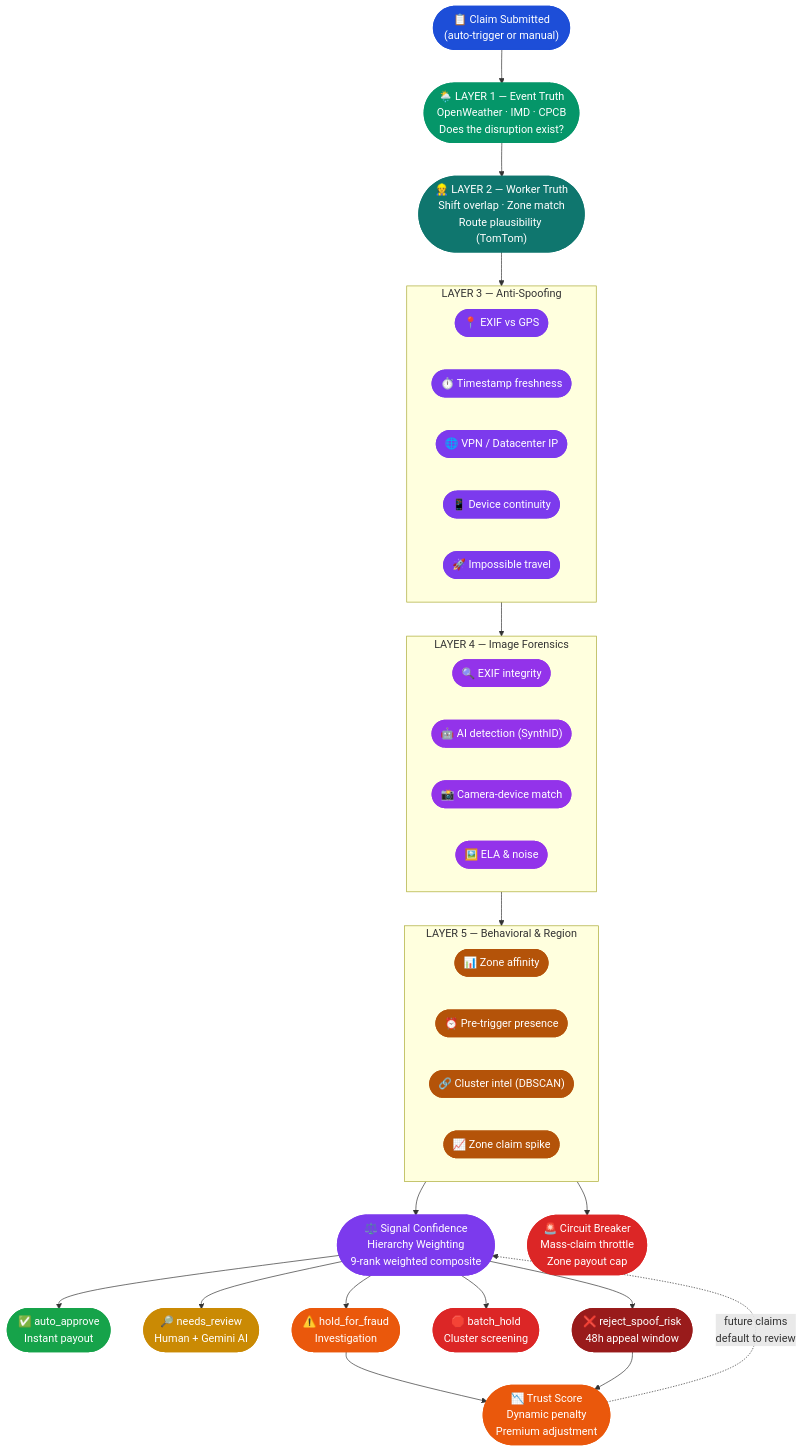
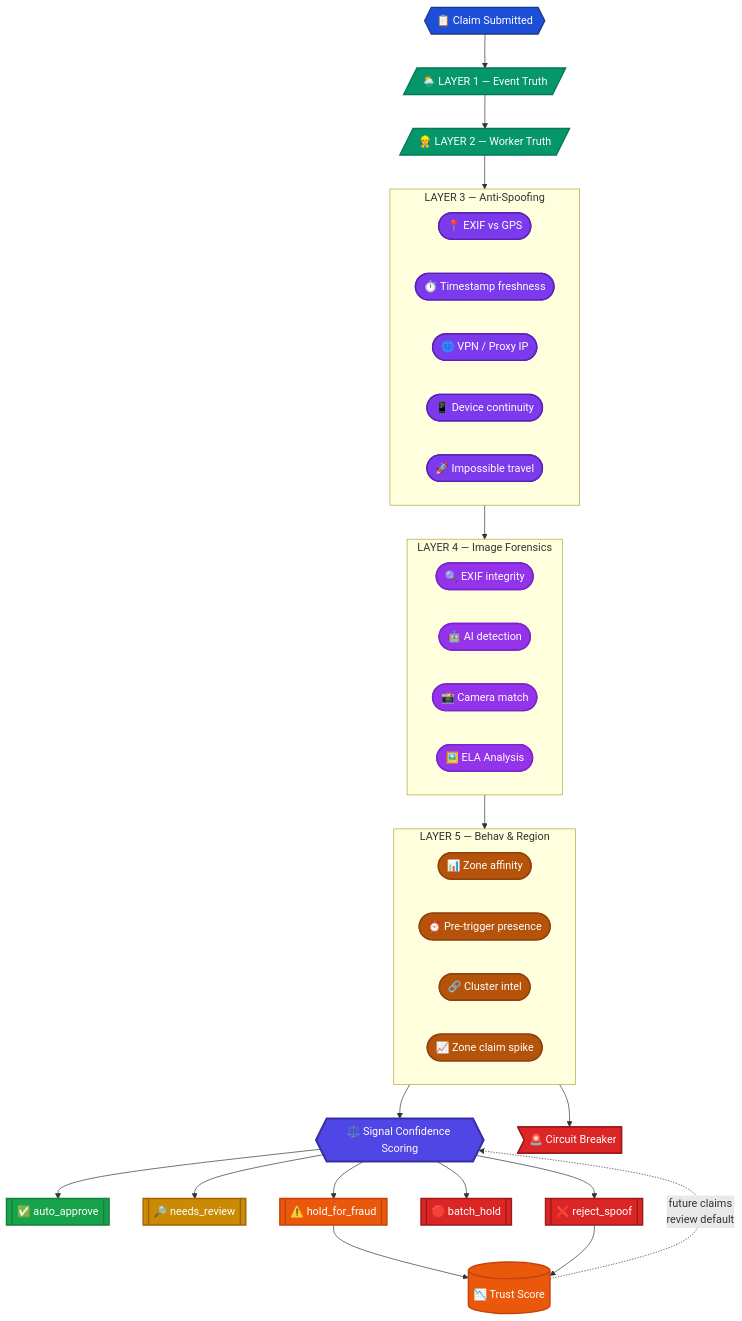
The fourth of 4 diagrams in README.md (Chorko/Celestius_Covara_One_P1), drawn with Mermaid before and after one commit. The commit also changed other lines of this file, not shown here.

Commit message:
fix: refine mermaid architecture diagrams with semantic shapes and compact layout

````diff
--- a/README.md
+++ b/README.md
@@ -477,45 +460,56 @@
 ```mermaid
 flowchart TD
-    CS(["📋 Claim Submitted<br/>(auto-trigger or manual)"])
+    classDef intake fill:#1D4ED8,color:#fff,stroke:#1E3A8A,stroke-width:2px;
+    classDef truth fill:#059669,color:#fff,stroke:#047857,stroke-width:2px;
+    classDef checks fill:#7C3AED,color:#fff,stroke:#5B21B6,stroke-width:2px;
+    classDef checks2 fill:#9333EA,color:#fff,stroke:#7E22CE,stroke-width:2px;
+    classDef checks3 fill:#B45309,color:#fff,stroke:#92400E,stroke-width:2px;
+    classDef score fill:#4F46E5,color:#fff,stroke:#3730A3,stroke-width:3px;
+    classDef pass fill:#16A34A,color:#fff,stroke:#15803D,stroke-width:2px;
+    classDef warn fill:#CA8A04,color:#fff,stroke:#A16207,stroke-width:2px;
+    classDef hold fill:#EA580C,color:#fff,stroke:#C2410C,stroke-width:2px;
+    classDef fail fill:#DC2626,color:#fff,stroke:#991B1B,stroke-width:2px;
 
-    L1(["🌦️ LAYER 1 — Event Truth<br/>OpenWeather · IMD · CPCB<br/>Does the disruption exist?"])
-    L2(["👷 LAYER 2 — Worker Truth<br/>Shift overlap · Zone match<br/>Route plausibility (TomTom)"])
+    CS{{📋 Claim Submitted}}:::intake
+
+    L1[/🌦️ LAYER 1 — Event Truth/]:::truth
+    L2[/👷 LAYER 2 — Worker Truth/]:::truth
 
     subgraph L3G ["LAYER 3 — Anti-Spoofing"]
         direction LR
-        AS1(["📍 EXIF vs GPS"])
-        AS2(["⏱️ Timestamp freshness"])
-        AS3(["🌐 VPN / Datacenter IP"])
-        AS4(["📱 Device continuity"])
-        AS5(["🚀 Impossible travel"])
+        AS1([📍 EXIF vs GPS]):::checks
+        AS2([⏱️ Timestamp freshness]):::checks
+        AS3([🌐 VPN / Proxy IP]):::checks
+        AS4([📱 Device continuity]):::checks
+        AS5([🚀 Impossible travel]):::checks
     end
 
     subgraph L4G ["LAYER 4 — Image Forensics"]
         direction LR
-        IF1(["🔍 EXIF integrity"])
-        IF2(["🤖 AI detection (SynthID)"])
-        IF3(["📸 Camera-device match"])
-        IF4(["🖼️ ELA & noise"])
+        IF1([🔍 EXIF integrity]):::checks2
+        IF2([🤖 AI detection]):::checks2
+        IF3([📸 Camera match]):::checks2
+        IF4([🖼️ ELA Analysis]):::checks2
     end
 
-    subgraph L5G ["LAYER 5 — Behavioral & Region"]
+    subgraph L5G ["LAYER 5 — Behav & Region"]
         direction LR
-        BR1(["📊 Zone affinity"])
-        BR2(["⏰ Pre-trigger presence"])
-        BR3(["🔗 Cluster intel (DBSCAN)"])
-        BR4(["📈 Zone claim spike"])
+        BR1([📊 Zone affinity]):::checks3
+        BR2([⏰ Pre-trigger presence]):::checks3
+        BR3([🔗 Cluster intel]):::checks3
+        BR4([📈 Zone claim spike]):::checks3
     end
 
-    SE(["⚖️ Signal Confidence<br/>Hierarchy Weighting<br/>9-rank weighted composite"])
+    SE{{⚖️ Signal Confidence Scoring}}:::score
 
-    D1(["✅ auto_approve<br/>Instant payout"])
-    D2(["🔎 needs_review<br/>Human + Gemini AI"])
-    D3(["⚠️ hold_for_fraud<br/>Investigation"])
-    D4(["🛑 batch_hold<br/>Cluster screening"])
-    D5(["❌ reject_spoof_risk<br/>48h appeal window"])
+    D1[[✅ auto_approve]]:::pass
+    D2[[🔎 needs_review]]:::warn
+    D3[[⚠️ hold_for_fraud]]:::hold
+    D4[[🛑 batch_hold]]:::fail
+    D5[[❌ reject_spoof]]:::fail
 
-    CB(["🚨 Circuit Breaker<br/>Mass-claim throttle<br/>Zone payout cap"])
-    TS(["📉 Trust Score<br/>Dynamic penalty<br/>Premium adjustment"])
+    CB>🚨 Circuit Breaker]:::fail
+    TS[(📉 Trust Score)]:::hold
 
     CS --> L1
     L1 --> L2
@@ -533,30 +527,5 @@
     BR4 --> CB
     D3 --> TS
     D5 --> TS
-    TS -.->|"future claims<br/>default to review"| SE
-
-    style CS fill:#1D4ED8,color:#fff,stroke:#1D4ED8,stroke-width:2px
-    style L1 fill:#059669,color:#fff,stroke:#059669,stroke-width:2px
-    style L2 fill:#0F766E,color:#fff,stroke:#0F766E,stroke-width:2px
-    style AS1 fill:#7C3AED,color:#fff,stroke:#7C3AED,stroke-width:2px
-    style AS2 fill:#7C3AED,color:#fff,stroke:#7C3AED,stroke-width:2px
-    style AS3 fill:#7C3AED,color:#fff,stroke:#7C3AED,stroke-width:2px
-    style AS4 fill:#7C3AED,color:#fff,stroke:#7C3AED,stroke-width:2px
-    style AS5 fill:#7C3AED,color:#fff,stroke:#7C3AED,stroke-width:2px
-    style IF1 fill:#9333EA,color:#fff,stroke:#9333EA,stroke-width:2px
-    style IF2 fill:#9333EA,color:#fff,stroke:#9333EA,stroke-width:2px
-    style IF3 fill:#9333EA,color:#fff,stroke:#9333EA,stroke-width:2px
-    style IF4 fill:#9333EA,color:#fff,stroke:#9333EA,stroke-width:2px
-    style BR1 fill:#B45309,color:#fff,stroke:#B45309,stroke-width:2px
-    style BR2 fill:#B45309,color:#fff,stroke:#B45309,stroke-width:2px
-    style BR3 fill:#B45309,color:#fff,stroke:#B45309,stroke-width:2px
-    style BR4 fill:#B45309,color:#fff,stroke:#B45309,stroke-width:2px
-    style SE fill:#7C3AED,color:#fff,stroke:#7C3AED,stroke-width:3px
-    style D1 fill:#16A34A,color:#fff,stroke:#16A34A,stroke-width:2px
-    style D2 fill:#CA8A04,color:#fff,stroke:#CA8A04,stroke-width:2px
-    style D3 fill:#EA580C,color:#fff,stroke:#EA580C,stroke-width:2px
-    style D4 fill:#DC2626,color:#fff,stroke:#DC2626,stroke-width:2px
-    style D5 fill:#991B1B,color:#fff,stroke:#991B1B,stroke-width:2px
-    style CB fill:#DC2626,color:#fff,stroke:#DC2626,stroke-width:2px
-    style TS fill:#EA580C,color:#fff,stroke:#EA580C,stroke-width:2px
+    TS -.->|"future claims<br/>review default"| SE
 ```
````
